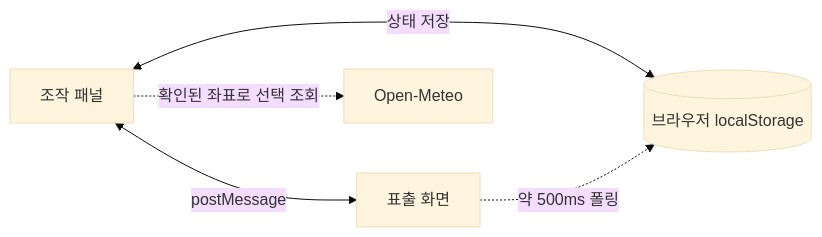
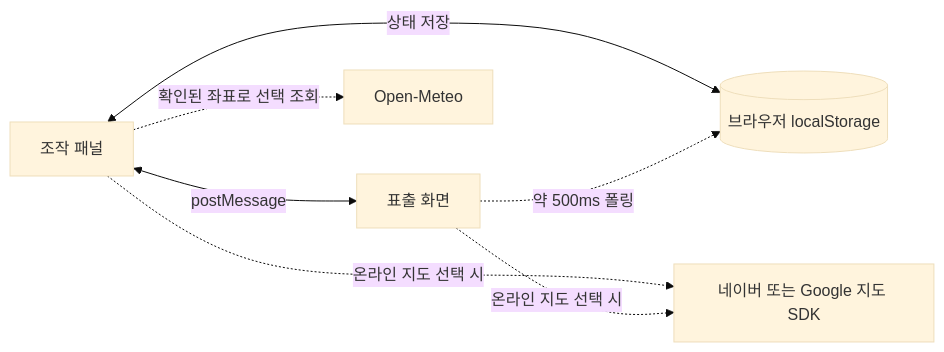
The diagram in README.md (MuyeongKim/stayup-dash), drawn with Mermaid (base theme) before and after one commit. The commit also changed other lines of this file and 8 other files, not shown here.

First line of the commit message:
네이버·구글 온라인 지도와 안전한 수색 좌표 연동 추가

````diff
--- a/README.md
+++ b/README.md
@@ -65,7 +65,9 @@
 ```mermaid
 flowchart LR
     OP[조작 패널] <-->|postMessage| DS[표출 화면]
     OP <-->|상태 저장| LS[(브라우저 localStorage)]
     DS -. 약 500ms 폴링 .-> LS
     OP -. 확인된 좌표로 선택 조회 .-> WX[Open-Meteo]
+    OP -. 온라인 지도 선택 시 .-> MAP[네이버 또는 Google 지도 SDK]
+    DS -. 온라인 지도 선택 시 .-> MAP
 ```
````
